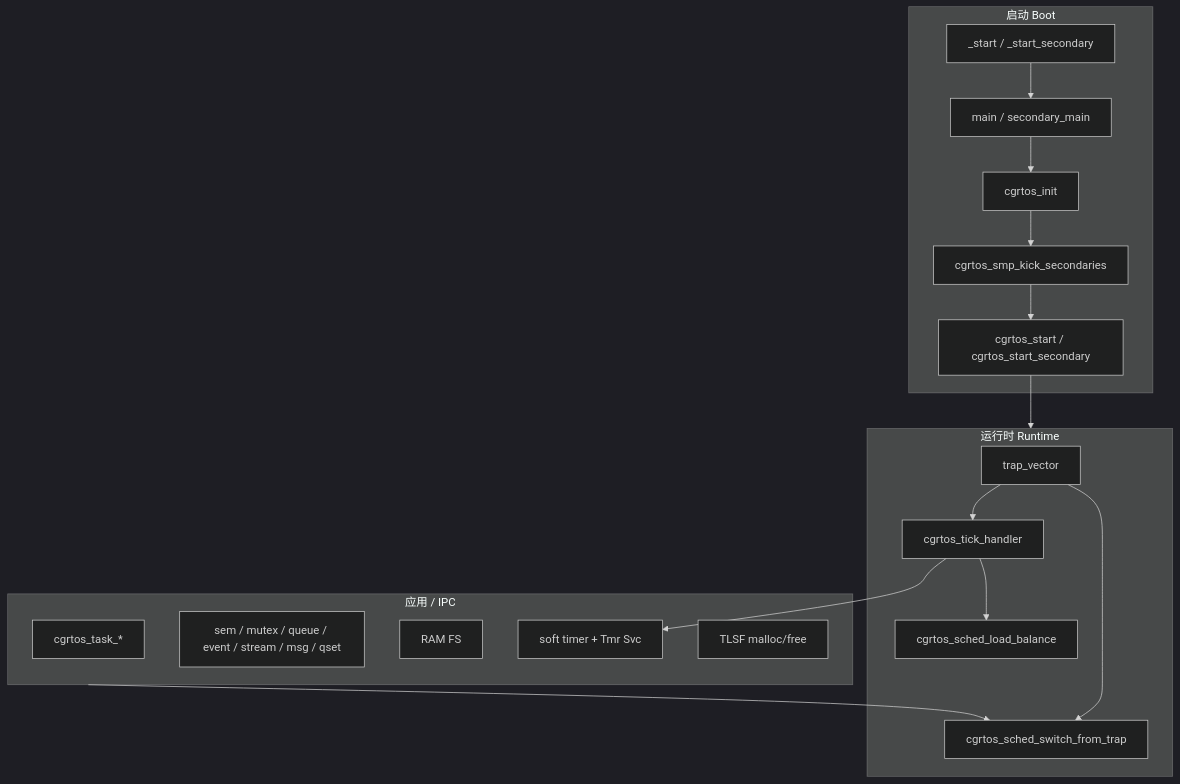
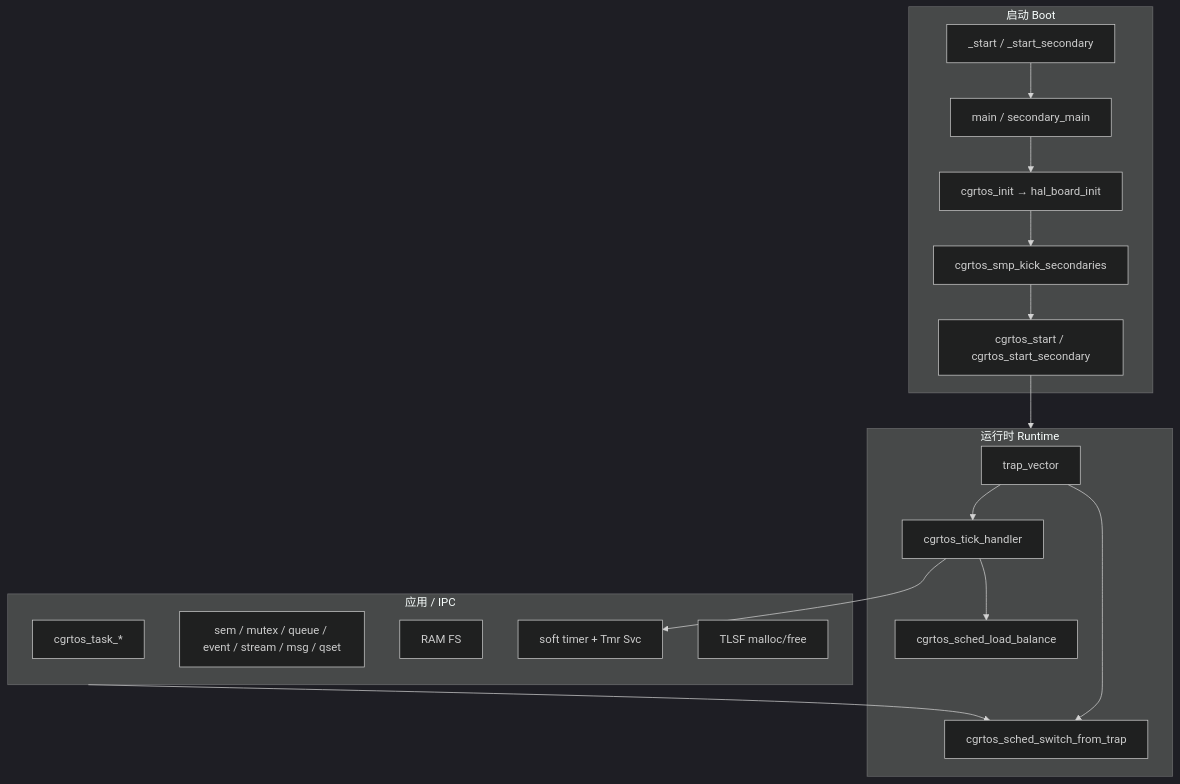
One commit to Juilletioi/cgrtos changed the first of 9 diagrams in docs/ARCHITECTURE.md. Above: the diagram before and after it, drawn with Mermaid (dark theme). The commit also changed other lines of this file and 27 other files, not shown here.

````diff
--- a/docs/ARCHITECTURE.md
+++ b/docs/ARCHITECTURE.md
@@ -16,32 +16,32 @@
 ```mermaid
 flowchart TB
   subgraph Boot["启动 Boot"]
     S["_start / _start_secondary"]
     M["main / secondary_main"]
-    I["cgrtos_init"]
+    I["cgrtos_init → hal_board_init"]
     K["cgrtos_smp_kick_secondaries"]
     ST["cgrtos_start / cgrtos_start_secondary"]
     S --> M --> I --> K --> ST
   end
 
   subgraph Run["运行时 Runtime"]
     T["trap_vector"]
     TH["cgrtos_tick_handler"]
     SW["cgrtos_sched_switch_from_trap"]
     LB["cgrtos_sched_load_balance"]
     T --> TH --> LB
     T --> SW
   end
 
   subgraph App["应用 / IPC"]
     TC["cgrtos_task_*"]
     IPC["sem / mutex / queue / event / stream / msg / qset"]
     FS["RAM FS"]
     TM["soft timer + Tmr Svc"]
     HEAP["TLSF malloc/free"]
   end
 
   ST --> Run
   App --> SW
   TH --> TM
 ```
````
